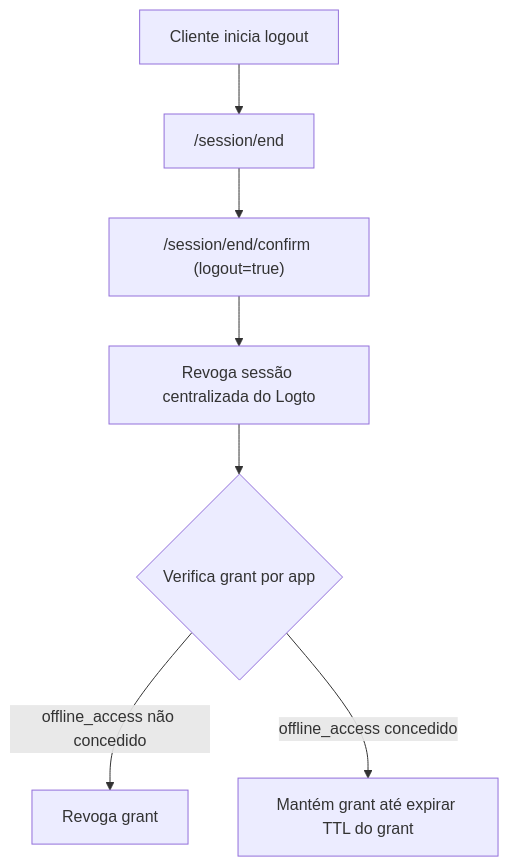
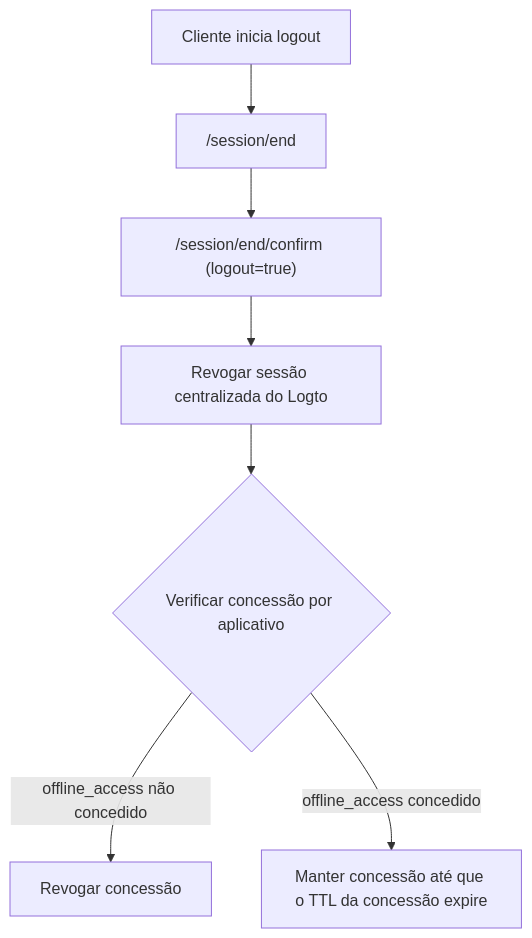
One commit to logto-io/docs changed the diagram in i18n/pt-BR/docusaurus-plugin-content-docs/current/end-user-flows/sign-out.mdx. Above: the diagram before and after it, drawn with Mermaid. The commit also changed other lines of this file and 102 other files, not shown here.

````diff
--- a/i18n/pt-BR/docusaurus-plugin-content-docs/current/end-user-flows/sign-out.mdx
+++ b/i18n/pt-BR/docusaurus-plugin-content-docs/current/end-user-flows/sign-out.mdx
@@ -179,9 +45,9 @@
 ```mermaid
 flowchart TD
   A["Cliente inicia logout"] --> B["/session/end"]
   B --> C["/session/end/confirm (logout=true)"]
-  C --> D["Revoga sessão centralizada do Logto"]
-  D --> E{"Verifica grant por app"}
-  E -->|"offline_access não concedido"| F["Revoga grant"]
-  E -->|"offline_access concedido"| G["Mantém grant até expirar TTL do grant"]
+  C --> D["Revogar sessão centralizada do Logto"]
+  D --> E{"Verificar concessão por aplicativo"}
+  E -->|"offline_access não concedido"| F["Revogar concessão"]
+  E -->|"offline_access concedido"| G["Manter concessão até que o TTL da concessão expire"]
 ```
````
